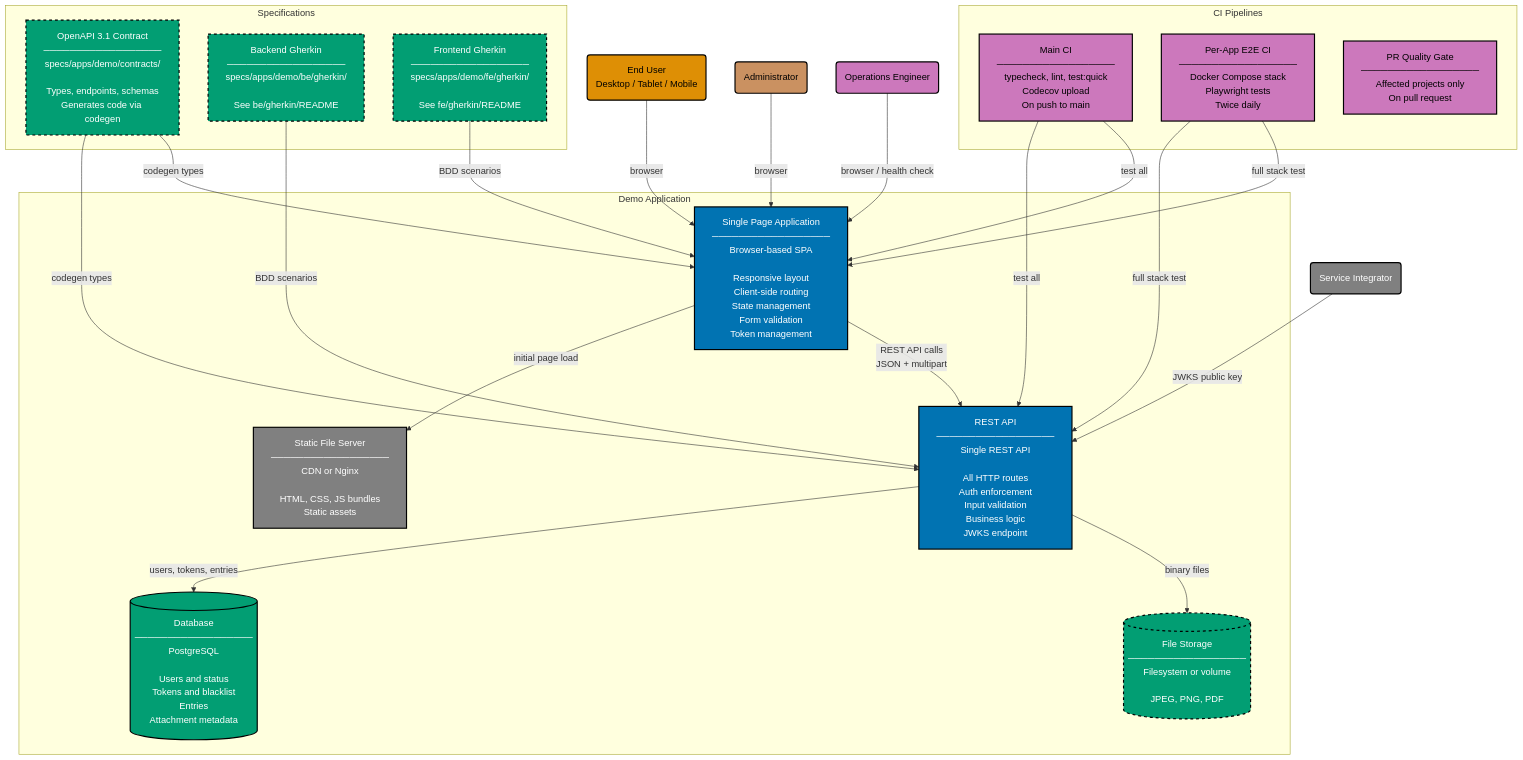
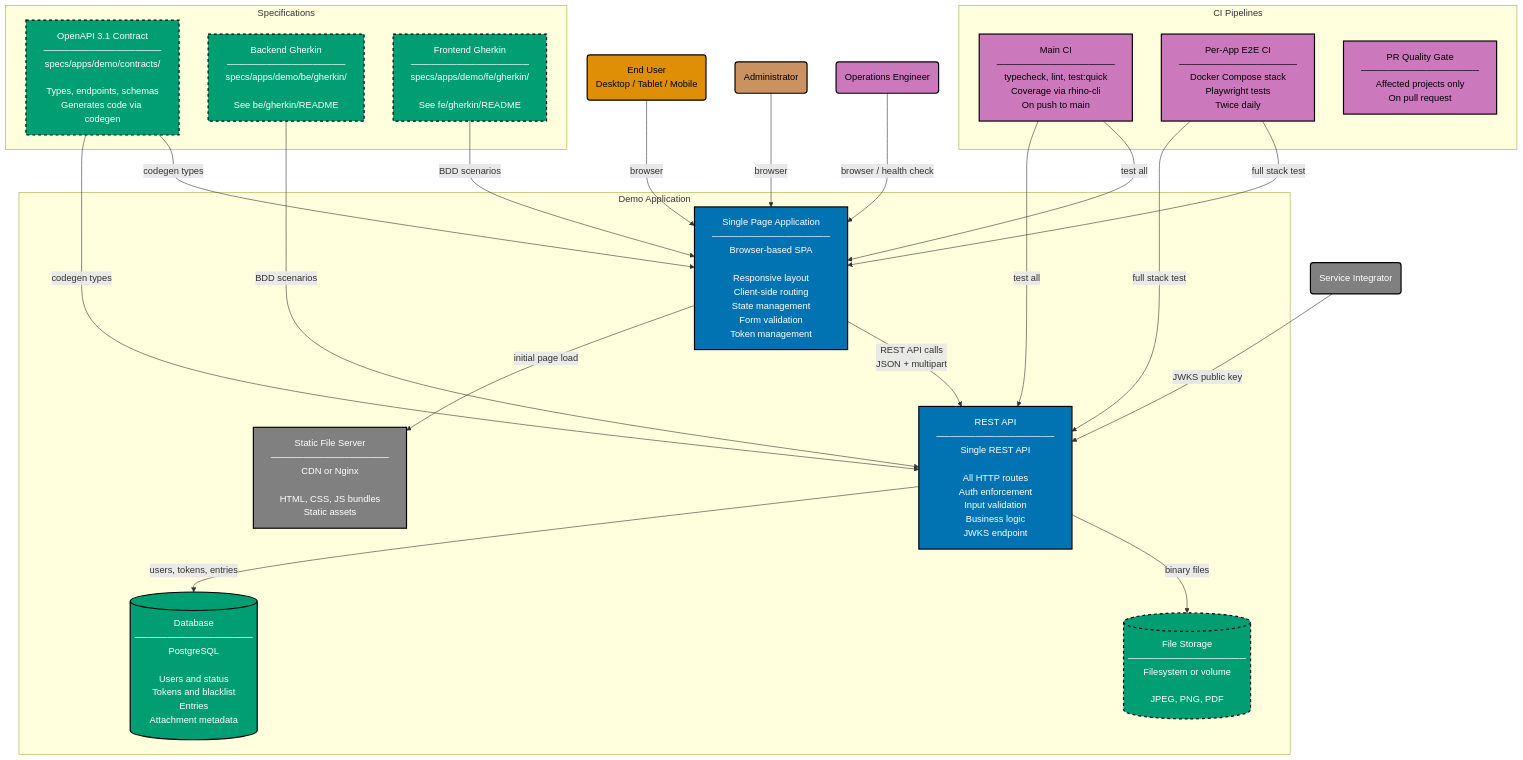
Before and after one commit to wahidyankf/ose-primer: the diagram in specs/apps/demo/c4/container.md, drawn with Mermaid. The commit also changed 29 other files, not shown here.

````diff
--- a/specs/apps/demo/c4/container.md
+++ b/specs/apps/demo/c4/container.md
@@ -13,69 +13,69 @@
 ```mermaid
 %% Color Palette: Blue #0173B2 | Orange #DE8F05 | Teal #029E73 | Purple #CC78BC | Brown #CA9161 | Gray #808080
 graph TD
     EU("End User<br/>Desktop / Tablet / Mobile"):::actor
     ADM("Administrator"):::actor_admin
     OPS("Operations Engineer"):::actor_ops
     SI("Service Integrator"):::actor_si
 
     subgraph SYSTEM["Demo Application"]
         SPA["Single Page Application<br/>──────────────────<br/>Browser-based SPA<br/><br/>Responsive layout<br/>Client-side routing<br/>State management<br/>Form validation<br/>Token management"]:::container_fe
 
         STATIC["Static File Server<br/>──────────────────<br/>CDN or Nginx<br/><br/>HTML, CSS, JS bundles<br/>Static assets"]:::infra
 
         API["REST API<br/>──────────────────<br/>Single REST API<br/><br/>All HTTP routes<br/>Auth enforcement<br/>Input validation<br/>Business logic<br/>JWKS endpoint"]:::container_be
 
         DB[("Database<br/>──────────────────<br/>PostgreSQL<br/><br/>Users and status<br/>Tokens and blacklist<br/>Entries<br/>Attachment metadata")]:::datastore
 
         FS[("File Storage<br/>──────────────────<br/>Filesystem or volume<br/><br/>JPEG, PNG, PDF")]:::filestorage
     end
 
     subgraph SPECS["Specifications"]
         CONTRACT["OpenAPI 3.1 Contract<br/>──────────────────<br/>specs/apps/demo/contracts/<br/><br/>Types, endpoints, schemas<br/>Generates code via codegen"]:::spec
 
         BE_GHERKIN["Backend Gherkin<br/>──────────────────<br/>specs/apps/demo/be/gherkin/<br/><br/>See be/gherkin/README"]:::spec
 
         FE_GHERKIN["Frontend Gherkin<br/>──────────────────<br/>specs/apps/demo/fe/gherkin/<br/><br/>See fe/gherkin/README"]:::spec
     end
 
     subgraph CICD["CI Pipelines"]
-        MAIN_CI["Main CI<br/>──────────────────<br/>typecheck, lint, test:quick<br/>Codecov upload<br/>On push to main"]:::ci
+        MAIN_CI["Main CI<br/>──────────────────<br/>typecheck, lint, test:quick<br/>Coverage via rhino-cli<br/>On push to main"]:::ci
 
         E2E_CI["Per-App E2E CI<br/>──────────────────<br/>Docker Compose stack<br/>Playwright tests<br/>Twice daily"]:::ci
 
         PR_CI["PR Quality Gate<br/>──────────────────<br/>Affected projects only<br/>On pull request"]:::ci
     end
 
     EU -->|"browser"| SPA
     ADM -->|"browser"| SPA
     OPS -->|"browser / health check"| SPA
     SI -->|"JWKS public key"| API
 
     SPA -->|"initial page load"| STATIC
     SPA -->|"REST API calls<br/>JSON + multipart"| API
 
     API -->|"users, tokens, entries"| DB
     API -->|"binary files"| FS
 
     CONTRACT -->|"codegen types"| API
     CONTRACT -->|"codegen types"| SPA
     BE_GHERKIN -->|"BDD scenarios"| API
     FE_GHERKIN -->|"BDD scenarios"| SPA
 
     MAIN_CI -->|"test all"| API
     MAIN_CI -->|"test all"| SPA
     E2E_CI -->|"full stack test"| API
     E2E_CI -->|"full stack test"| SPA
 
     classDef actor fill:#DE8F05,stroke:#000000,color:#000000,stroke-width:2px
     classDef actor_admin fill:#CA9161,stroke:#000000,color:#000000,stroke-width:2px
     classDef actor_ops fill:#CC78BC,stroke:#000000,color:#000000,stroke-width:2px
     classDef actor_si fill:#808080,stroke:#000000,color:#FFFFFF,stroke-width:2px
     classDef container_fe fill:#0173B2,stroke:#000000,color:#FFFFFF,stroke-width:2px
     classDef container_be fill:#0173B2,stroke:#000000,color:#FFFFFF,stroke-width:2px
     classDef infra fill:#808080,stroke:#000000,color:#FFFFFF,stroke-width:2px
     classDef datastore fill:#029E73,stroke:#000000,color:#FFFFFF,stroke-width:2px
     classDef filestorage fill:#029E73,stroke:#000000,color:#FFFFFF,stroke-width:2px,stroke-dasharray:5 5
     classDef spec fill:#029E73,stroke:#000000,color:#FFFFFF,stroke-width:2px,stroke-dasharray:5 5
     classDef ci fill:#CC78BC,stroke:#000000,color:#000000,stroke-width:2px
 ```
````
